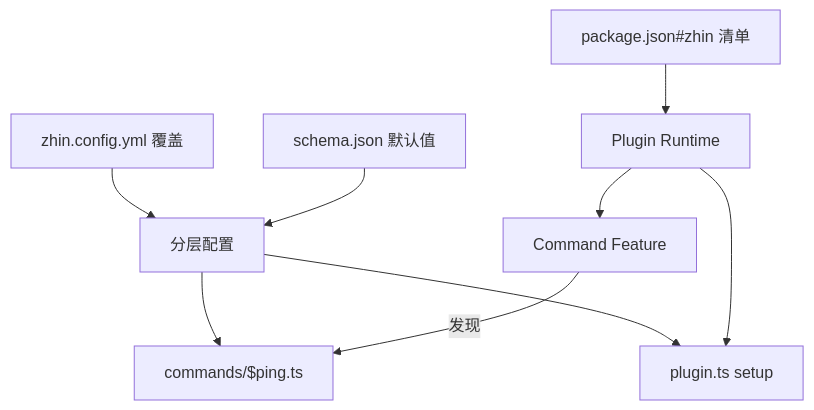
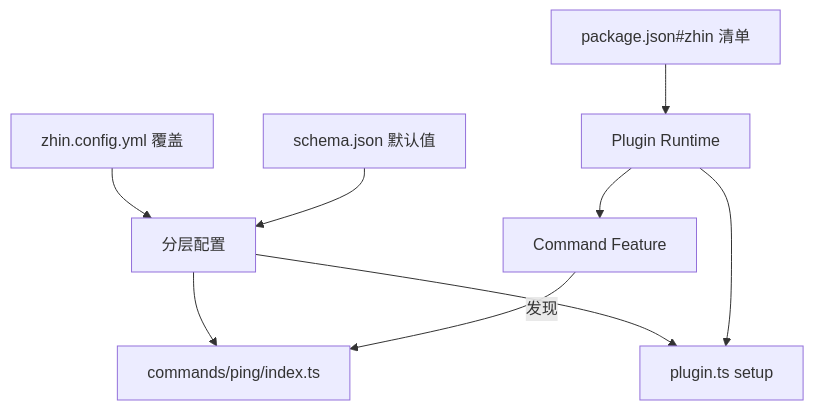
One commit to zhinjs/zhin changed the diagram in docs/getting-started/first-plugin.md. Above: the diagram before and after it, drawn with Mermaid. The commit also changed other lines of this file and 1011 other files, not shown here.

````diff
--- a/docs/getting-started/first-plugin.md
+++ b/docs/getting-started/first-plugin.md
@@ -184,11 +184,11 @@
 ```mermaid
 flowchart TD
   M[package.json#zhin 清单] --> R[Plugin Runtime]
   R --> F[Command Feature]
-  F -->|发现| C[commands/$ping.ts]
+  F -->|发现| C[commands/ping/index.ts]
   R --> E[plugin.ts setup]
   S[schema.json 默认值] --> CFG[分层配置]
   Y[zhin.config.yml 覆盖] --> CFG
   CFG --> E
   CFG --> C
 ```
````
